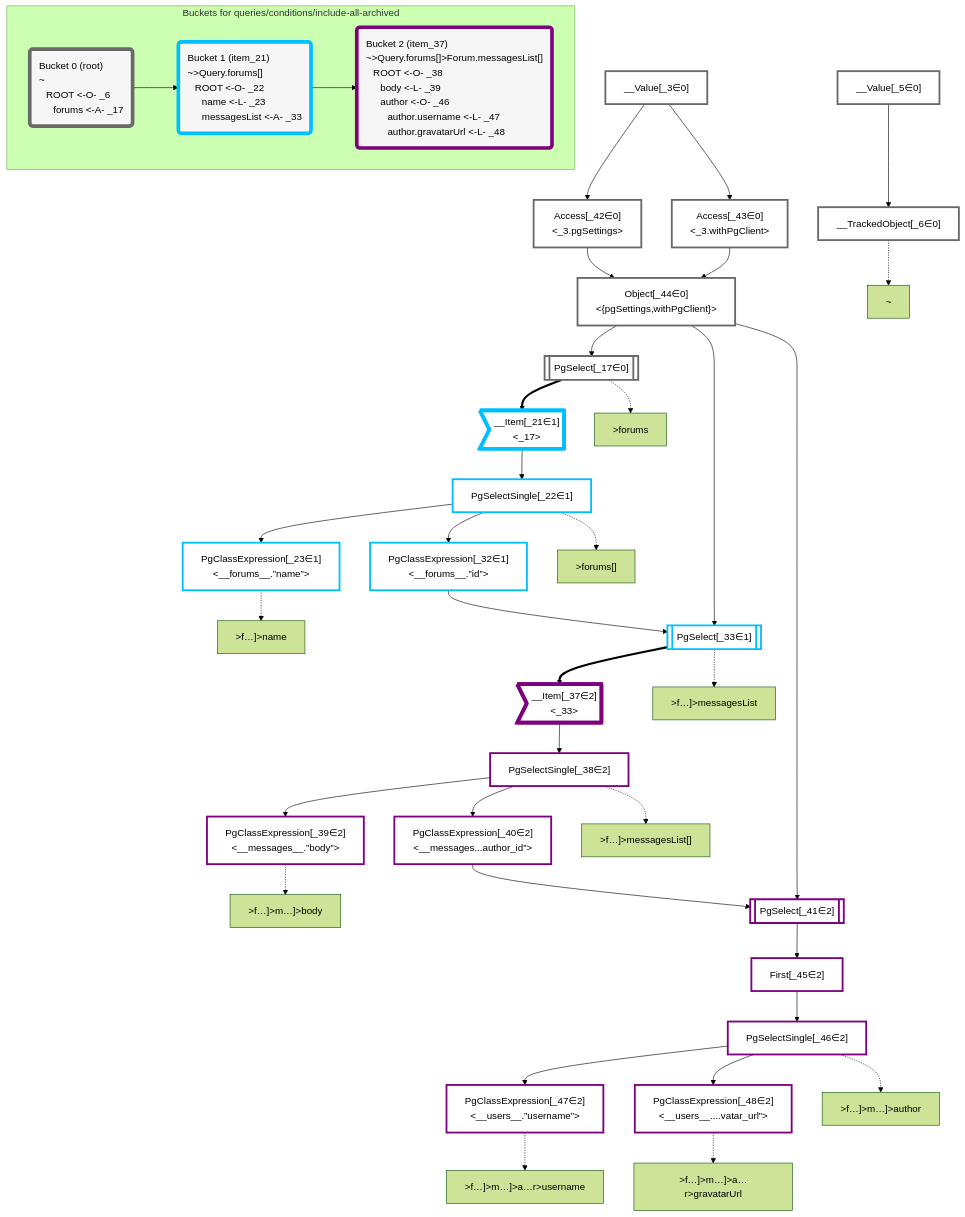
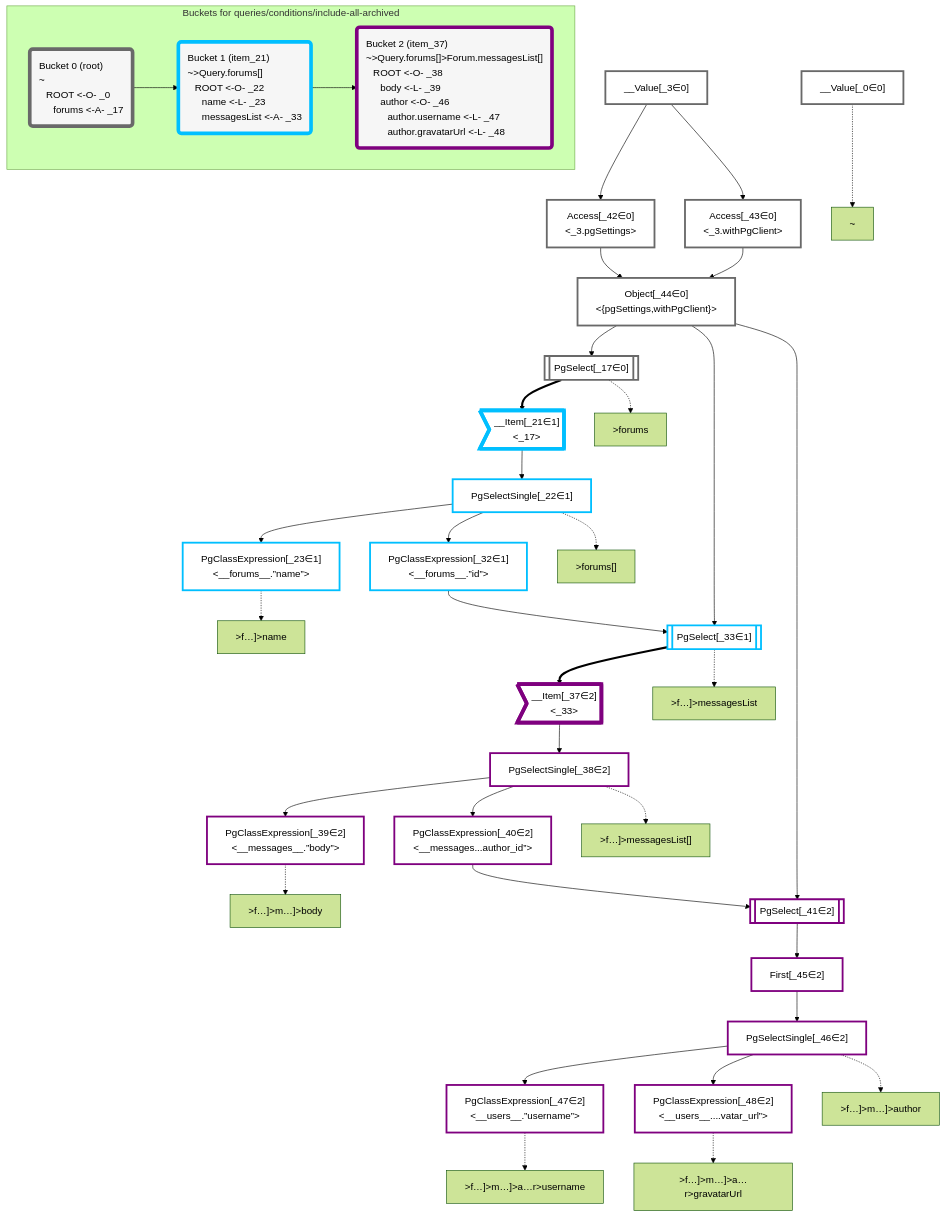
Before and after one commit to graphile/crystal: the diagram in packages/dataplan-pg/__tests__/queries/conditions/include-all-archived.deopt.mermaid.md, drawn with Mermaid (forest theme). The commit also changed 193 other files, not shown here.

Commit message:
Update test plan snapshots with new root plan

```diff
--- a/packages/dataplan-pg/__tests__/queries/conditions/include-all-archived.deopt.mermaid.md
+++ b/packages/dataplan-pg/__tests__/queries/conditions/include-all-archived.deopt.mermaid.md
@@ -8,9 +8,8 @@
 
 
     %% define plans
+    __Value_0["__Value[_0∈0]"]:::plan
     __Value_3["__Value[_3∈0]<br /><context>"]:::plan
-    __Value_5["__Value[_5∈0]<br /><rootValue>"]:::plan
-    __TrackedObject_6["__TrackedObject[_6∈0]"]:::plan
     PgSelect_17[["PgSelect[_17∈0]<br /><forums>"]]:::plan
     __Item_21>"__Item[_21∈1]<br /><_17>"]:::itemplan
     PgSelectSingle_22["PgSelectSingle[_22∈1]<br /><forums>"]:::plan
@@ -31,7 +30,6 @@
     PgClassExpression_48["PgClassExpression[_48∈2]<br /><__users__....vatar_url”>"]:::plan
 
     %% plan dependencies
-    __Value_5 --> __TrackedObject_6
     Object_44 --> PgSelect_17
     PgSelect_17 ==> __Item_21
     __Item_21 --> PgSelectSingle_22
@@ -55,8 +53,8 @@
     PgSelectSingle_46 --> PgClassExpression_48
 
     %% plan-to-path relationships
-    P_6["~"]
-    __TrackedObject_6 -.-> P_6
+    P_0["~"]
+    __Value_0 -.-> P_0
     P_17[">forums"]
     PgSelect_17 -.-> P_17
     P_22[">forums[]"]
@@ -78,14 +76,14 @@
 
     %% allocate buckets
     classDef bucket0 stroke:#696969
-    class __Value_3,__Value_5,__TrackedObject_6,PgSelect_17,Access_42,Access_43,Object_44 bucket0
+    class __Value_0,__Value_3,PgSelect_17,Access_42,Access_43,Object_44 bucket0
     classDef bucket1 stroke:#00bfff
     class __Item_21,PgSelectSingle_22,PgClassExpression_23,PgClassExpression_32,PgSelect_33 bucket1
     classDef bucket2 stroke:#7f007f
     class __Item_37,PgSelectSingle_38,PgClassExpression_39,PgClassExpression_40,PgSelect_41,First_45,PgSelectSingle_46,PgClassExpression_47,PgClassExpression_48 bucket2
 
     subgraph "Buckets for queries/conditions/include-all-archived"
-    Bucket0("Bucket 0 (root)<br />~<br />⠀ROOT <-O- _6<br />⠀⠀forums <-A- _17"):::bucket
+    Bucket0("Bucket 0 (root)<br />~<br />⠀ROOT <-O- _0<br />⠀⠀forums <-A- _17"):::bucket
     style Bucket0 stroke:#696969
     Bucket1("Bucket 1 (item_21)<br />~>Query.forums[]<br />⠀ROOT <-O- _22<br />⠀⠀name <-L- _23<br />⠀⠀messagesList <-A- _33"):::bucket
     style Bucket1 stroke:#00bfff
```
